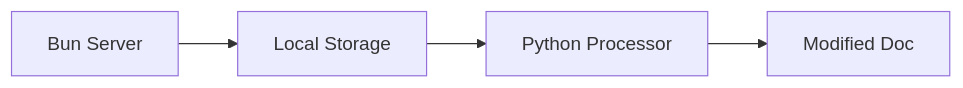
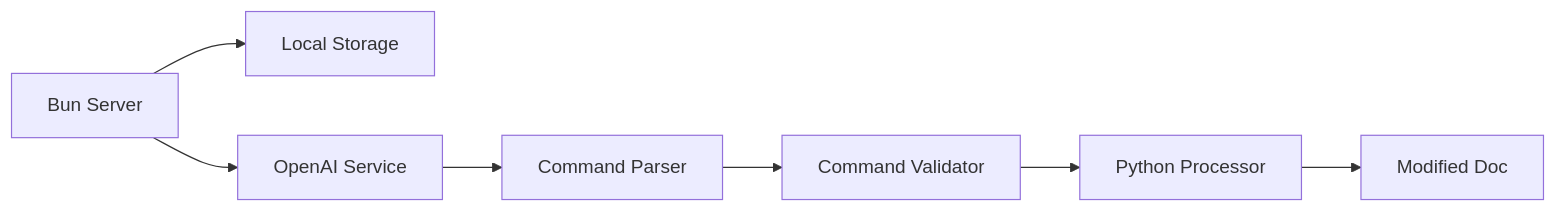
Before and after one commit to spsaucier/ai-llm-editing-docx-files: the diagram in IMPLEMENTATION.md, drawn with Mermaid. The commit also changed other lines of this file and 7 other files, not shown here.

````diff
--- a/IMPLEMENTATION.md
+++ b/IMPLEMENTATION.md
@@ -5,6 +5,9 @@
 ```mermaid
 graph LR
     A[Bun Server] --> B[Local Storage]
-    B --> C[Python Processor]
+    A --> E[OpenAI Service]
+    E --> F[Command Parser]
+    F --> G[Command Validator]
+    G --> C[Python Processor]
     C --> D[Modified Doc]
 ```
````
